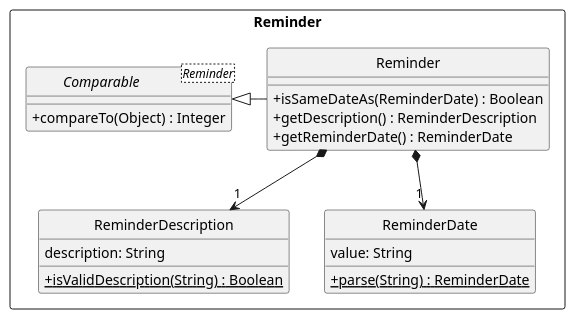
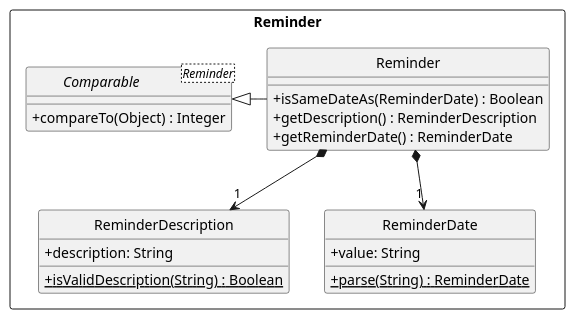
Before and after one commit to pyk595/tp: the diagram in docs/diagrams/Reminder.puml, drawn with PlantUML. The commit also changed 6 other files, not shown here.

```diff
--- a/docs/diagrams/Reminder.puml
+++ b/docs/diagrams/Reminder.puml
@@ -1,28 +1,28 @@
 @startuml
 hide circle
 skinparam classAttributeIconSize 0
 Package "Reminder" <<Rectangle>>{
 class Reminder {
 +isSameDateAs(ReminderDate) : Boolean
 +getDescription() : ReminderDescription
 +getReminderDate() : ReminderDate
 }
 
 interface Comparable<Reminder> {
 +compareTo(Object) : Integer
 }
 
 class ReminderDescription {
-description: String
++ description: String
 {static} +isValidDescription(String) : Boolean
 }
 
 class ReminderDate {
-value: String
++ value: String
 {static} +parse(String) : ReminderDate
 }
 
 Reminder *-down-> "1" ReminderDescription
 Reminder *-down-> "1" ReminderDate
 Comparable <|- Reminder
 @enduml
```
